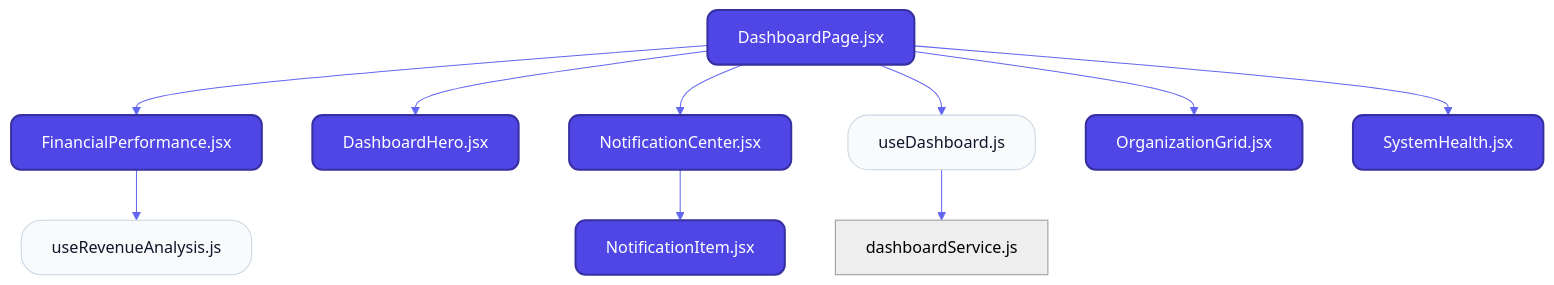
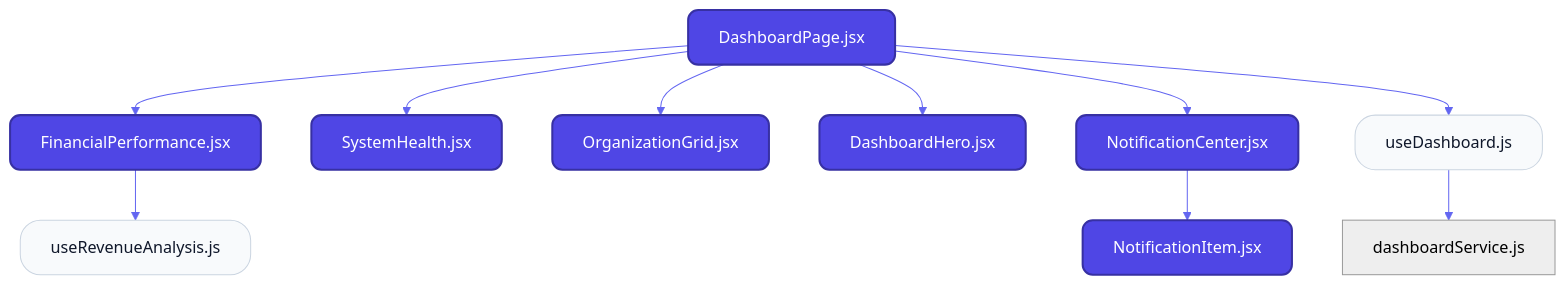
The first of 2 diagrams in src/features/dashboard/README.md (nexowebai/nexo-superadmin), drawn with Mermaid before and after one commit. The commit also changed other lines of this file and 18 other files, not shown here.

````diff
--- a/src/features/dashboard/README.md
+++ b/src/features/dashboard/README.md
@@ -12,27 +11,27 @@
 ```mermaid
 %%{init: {'theme': 'neutral', 'themeVariables': { 'fontFamily': 'Inter', 'lineColor': '#6366f1' }}}%%
 graph TD
     classDef page fill:#4f46e5,stroke:#3730a3,stroke-width:2px,color:#fff,rx:10,ry:10;
     classDef hook fill:#f8fafc,stroke:#cbd5e1,stroke-width:1px,color:#0f172a,rx:20,ry:20;
     classDef service fill:#0f172a,stroke:#000,stroke-width:2px,color:#f1f5f9,rx:5,ry:5;
 
+    FinancialPerformancejsx["FinancialPerformance.jsx"]:::page
+    SystemHealthjsx["SystemHealth.jsx"]:::page
+    OrganizationGridjsx["OrganizationGrid.jsx"]:::page
     DashboardPagejsx["DashboardPage.jsx"]:::page
+    DashboardHerojsx["DashboardHero.jsx"]:::page
+    NotificationItemjsx["NotificationItem.jsx"]:::page
+    NotificationCenterjsx["NotificationCenter.jsx"]:::page
+    dashboardServicejs["dashboardService.js"]
     useDashboardjs["useDashboard.js"]:::hook
     useRevenueAnalysisjs["useRevenueAnalysis.js"]:::hook
-    dashboardServicejs["dashboardService.js"]
-    DashboardHerojsx["DashboardHero.jsx"]:::page
-    FinancialPerformancejsx["FinancialPerformance.jsx"]:::page
-    NotificationCenterjsx["NotificationCenter.jsx"]:::page
-    NotificationItemjsx["NotificationItem.jsx"]:::page
-    OrganizationGridjsx["OrganizationGrid.jsx"]:::page
-    SystemHealthjsx["SystemHealth.jsx"]:::page
+    FinancialPerformancejsx --> useRevenueAnalysisjs
     DashboardPagejsx --> OrganizationGridjsx
     DashboardPagejsx --> FinancialPerformancejsx
     DashboardPagejsx --> SystemHealthjsx
     DashboardPagejsx --> NotificationCenterjsx
     DashboardPagejsx --> useDashboardjs
     DashboardPagejsx --> DashboardHerojsx
+    NotificationCenterjsx --> NotificationItemjsx
     useDashboardjs --> dashboardServicejs
-    FinancialPerformancejsx --> useRevenueAnalysisjs
-    NotificationCenterjsx --> NotificationItemjsx
 ```
````
